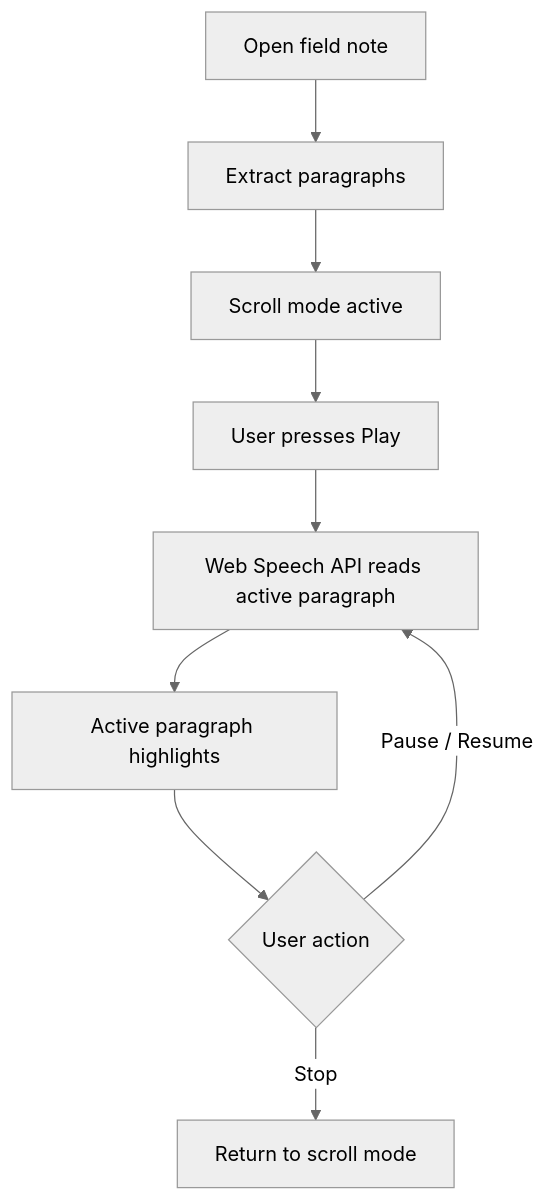
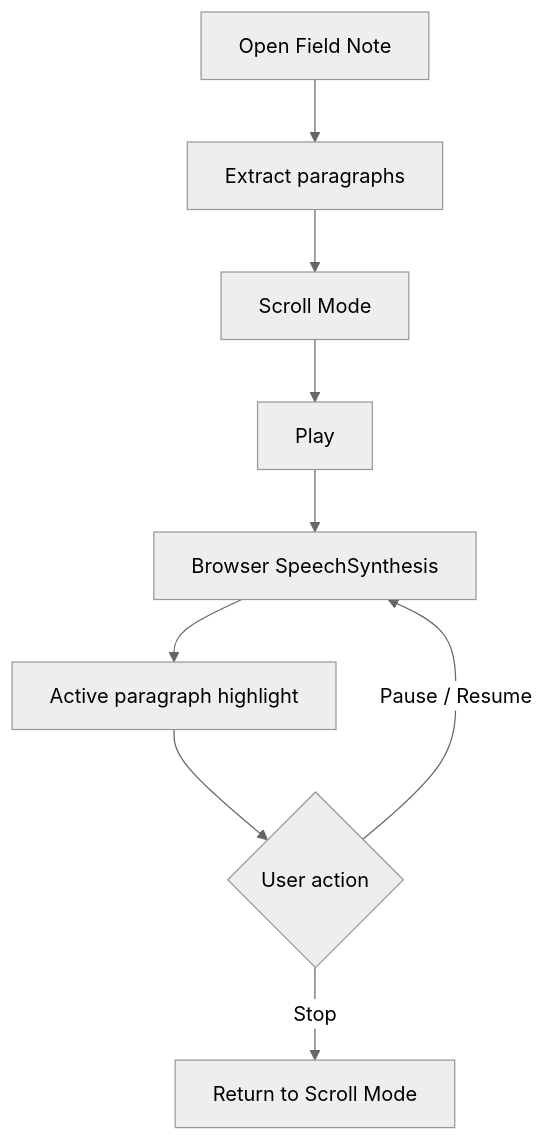
One commit to RPK2103/the-build-archive-showcase changed the fourth of 5 diagrams in docs/architecture.md. Above: the diagram before and after it, drawn with Mermaid (neutral theme). The commit also changed other lines of this file and 7 other files, not shown here.

````diff
--- a/docs/architecture.md
+++ b/docs/architecture.md
@@ -109,11 +128,11 @@
 ```mermaid
 flowchart TD
-    A[Open field note] --> B[Extract paragraphs]
-    B --> C[Scroll mode active]
-    C --> D[User presses Play]
-    D --> E[Web Speech API reads active paragraph]
-    E --> F[Active paragraph highlights]
-    F --> G{User action}
-    G -->|Pause / Resume| E
-    G -->|Stop| H[Return to scroll mode]
+  A[Open Field Note] --> B[Extract paragraphs]
+  B --> C[Scroll Mode]
+  C --> D[Play]
+  D --> E[Browser SpeechSynthesis]
+  E --> F[Active paragraph highlight]
+  F --> G{User action}
+  G -->|Pause / Resume| E
+  G -->|Stop| H[Return to Scroll Mode]
 ```
````
